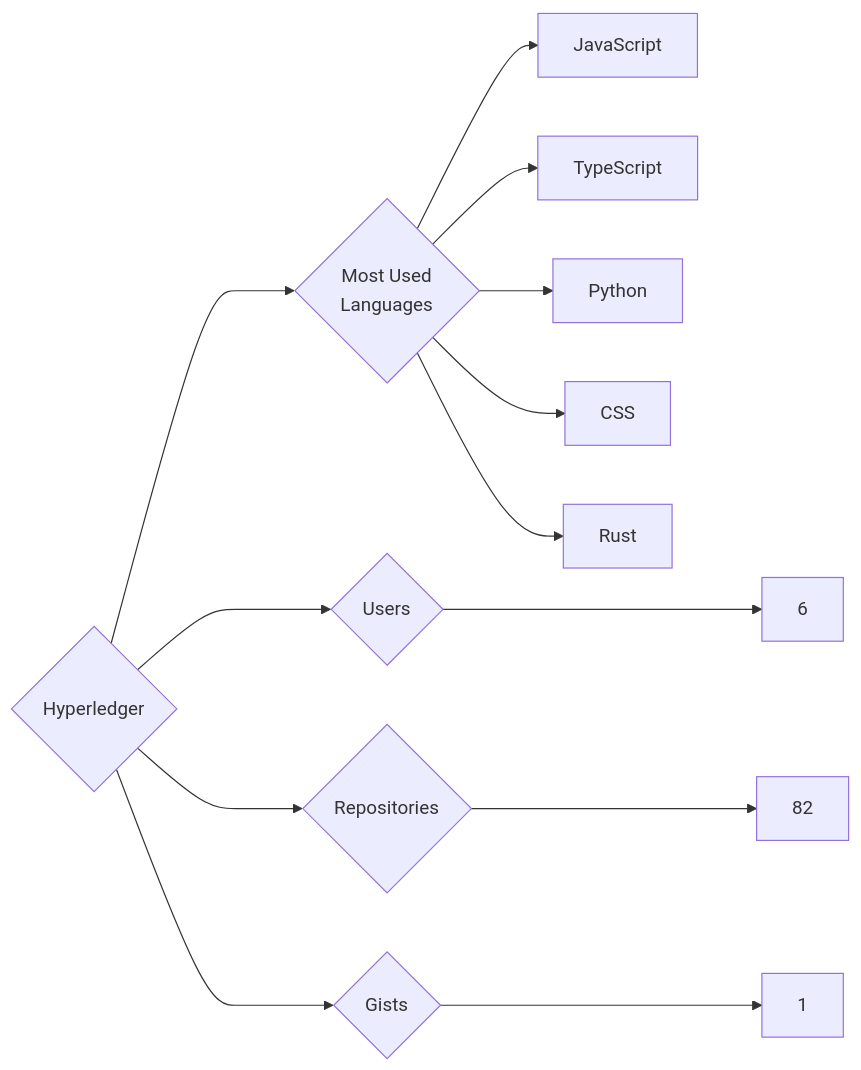
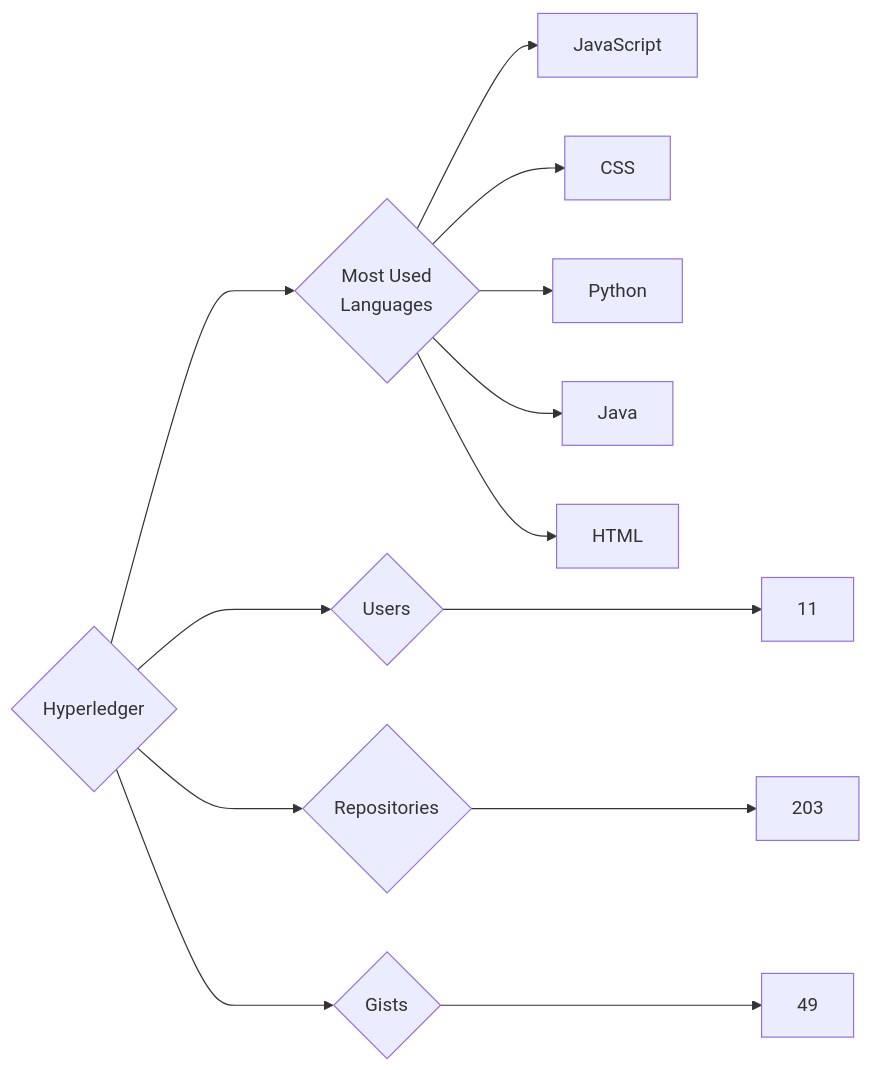
The diagram in targets/Hyperledger/README.md (trickest/insiders), drawn with Mermaid before and after one commit. The commit also changed 1088 other files, not shown here.

````diff
--- a/targets/Hyperledger/README.md
+++ b/targets/Hyperledger/README.md
@@ -3,13 +3,13 @@
 ```mermaid
 graph LR
 COMPANY_NAME{Hyperledger}
-COMPANY_NAME ---> U{Users} ---> UN[6]
-COMPANY_NAME ---> R{Repositories} ---> RN[82]
-COMPANY_NAME ---> G{Gists} ---> GN[1]
+COMPANY_NAME ---> U{Users} ---> UN[11]
+COMPANY_NAME ---> R{Repositories} ---> RN[203]
+COMPANY_NAME ---> G{Gists} ---> GN[49]
 COMPANY_NAME ---> ML{Most Used<br>Languages}
 ML --> JavaScript[JavaScript]
-ML --> TypeScript[TypeScript]
+ML --> CSS[CSS]
 ML --> Python[Python]
-ML --> CSS[CSS]
-ML --> Rust[Rust]
+ML --> Java[Java]
+ML --> HTML[HTML]
 ```
````
